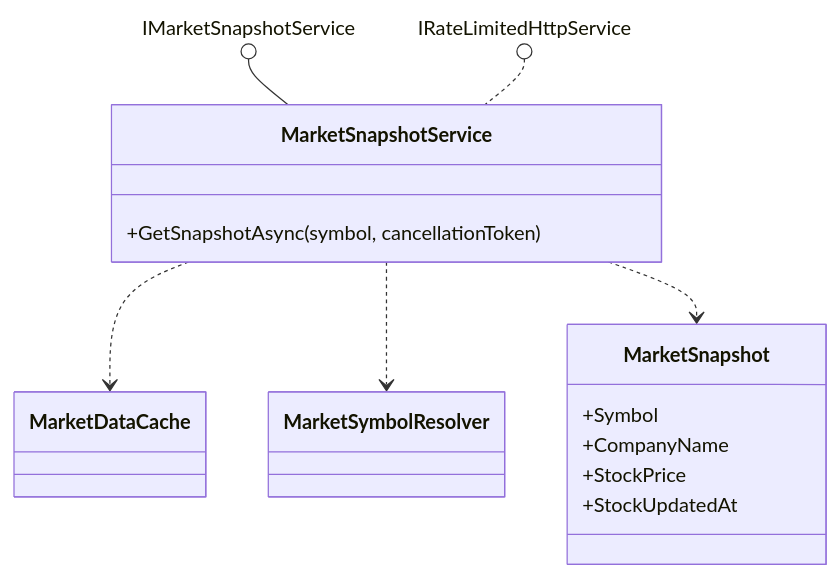
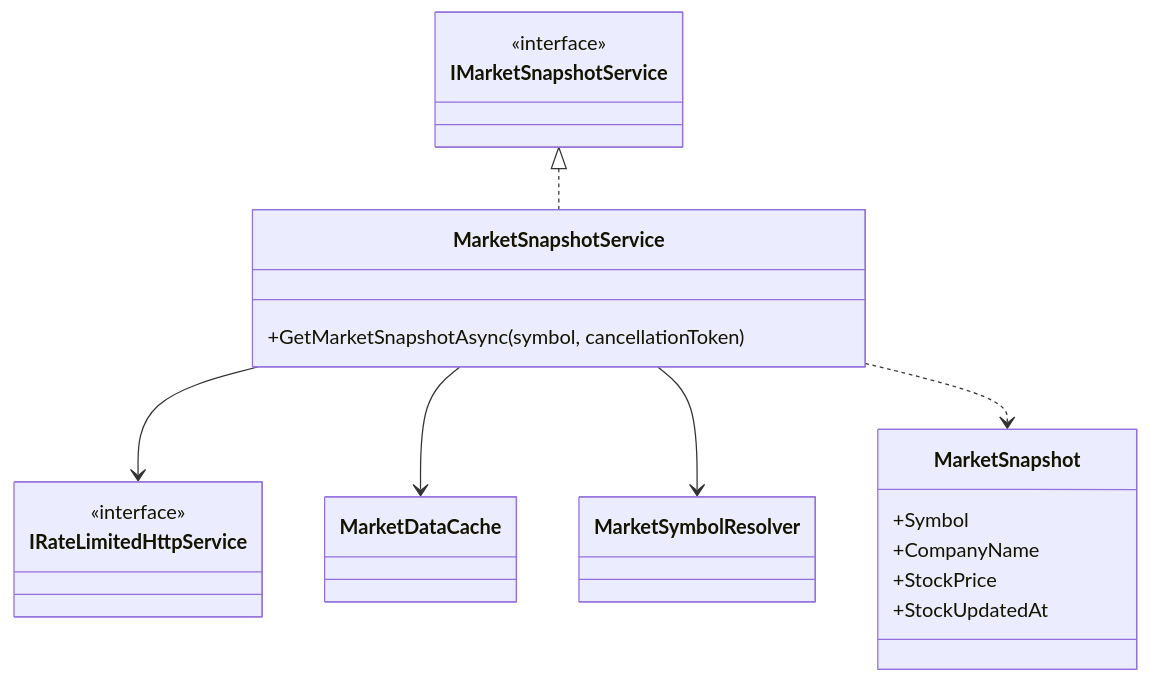
One commit to yankee2023/market_monitor changed the sixth of 29 diagrams in docs/DESIGN.md. Above: the diagram before and after it, drawn with Mermaid. The commit also changed other lines of this file and 9 other files, not shown here.

````diff
--- a/docs/DESIGN.md
+++ b/docs/DESIGN.md
@@ -232,20 +339,26 @@
 ```mermaid
 classDiagram
+    class IMarketSnapshotService {
+        <<interface>>
+    }
     class MarketSnapshotService {
-        +GetSnapshotAsync(symbol, cancellationToken)
+        +GetMarketSnapshotAsync(symbol, cancellationToken)
+    }
+    class IRateLimitedHttpService {
+        <<interface>>
     }
     class MarketDataCache
     class MarketSymbolResolver
     class MarketSnapshot {
         +Symbol
         +CompanyName
         +StockPrice
         +StockUpdatedAt
     }
 
-    IMarketSnapshotService ()-- MarketSnapshotService
-    IRateLimitedHttpService ().. MarketSnapshotService
-    MarketSnapshotService ..> MarketDataCache
-    MarketSnapshotService ..> MarketSymbolResolver
+    IMarketSnapshotService <|.. MarketSnapshotService
+    MarketSnapshotService --> IRateLimitedHttpService
+    MarketSnapshotService --> MarketDataCache
+    MarketSnapshotService --> MarketSymbolResolver
     MarketSnapshotService ..> MarketSnapshot
 ```
````
